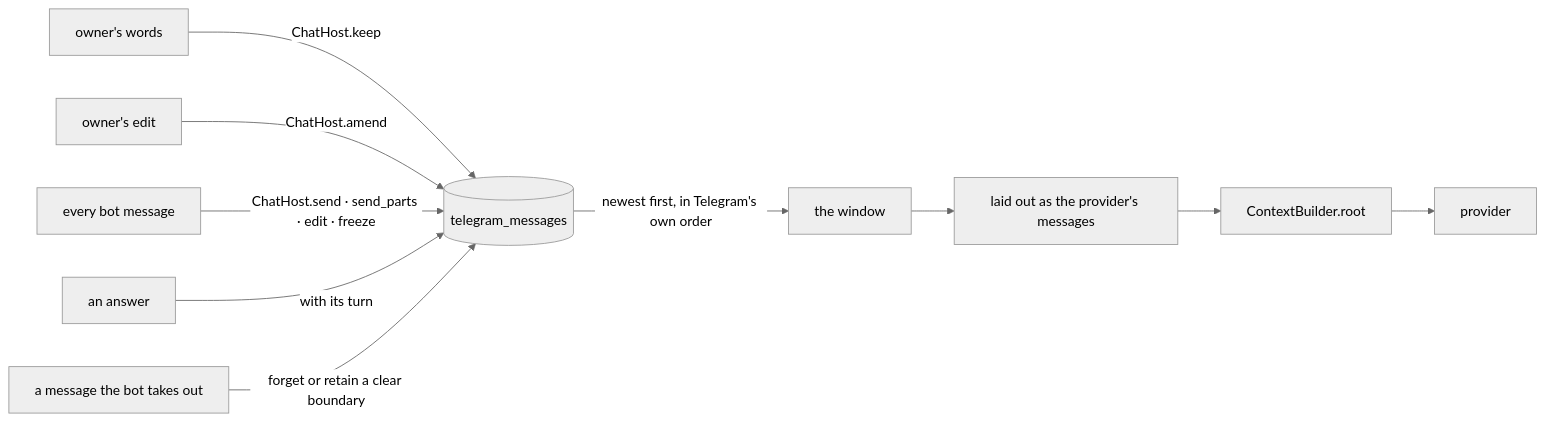
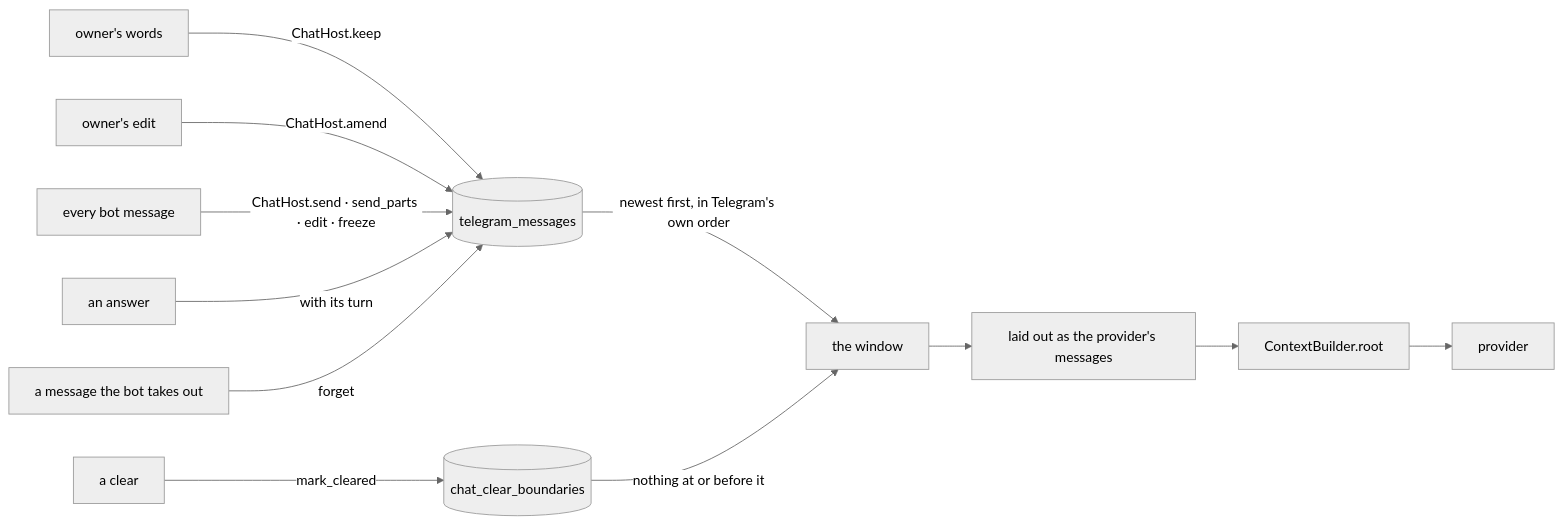
Before and after one commit to myvaheed/tg-ai-safwa: the diagram in docs/LLM_HISTORY.md, drawn with Mermaid (neutral theme). The commit also changed other lines of this file and 21 other files, not shown here.

First line of the commit message:
v9.157 keep one chat clear boundary and document Profile's stop_onboarding

````diff
--- a/docs/LLM_HISTORY.md
+++ b/docs/LLM_HISTORY.md
@@ -8,12 +8,14 @@
 ```mermaid
 flowchart LR
     OWN[owner's words] -->|ChatHost.keep| T[(telegram_messages)]
     EDIT[owner's edit] -->|ChatHost.amend| T
     BOT[every bot message] -->|ChatHost.send · send_parts · edit · freeze| T
     ANS[an answer] -->|with its turn| T
-    GONE[a message the bot takes out] -->|forget or retain a clear boundary| T
+    GONE[a message the bot takes out] -->|forget| T
+    CLEAR[a clear] -->|mark_cleared| B[(chat_clear_boundaries)]
     T -->|newest first, in Telegram's own order| W[the window]
+    B -->|nothing at or before it| W
     W --> L[laid out as the provider's messages]
     L --> C[ContextBuilder.root]
     C --> P[provider]
 ```
````
